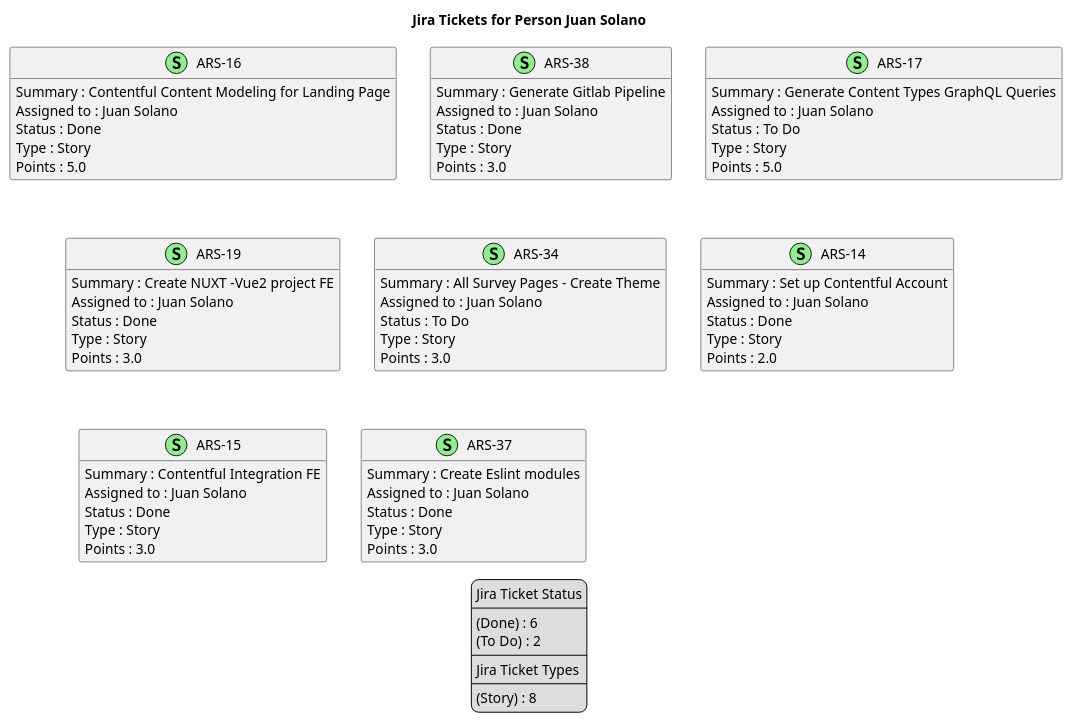
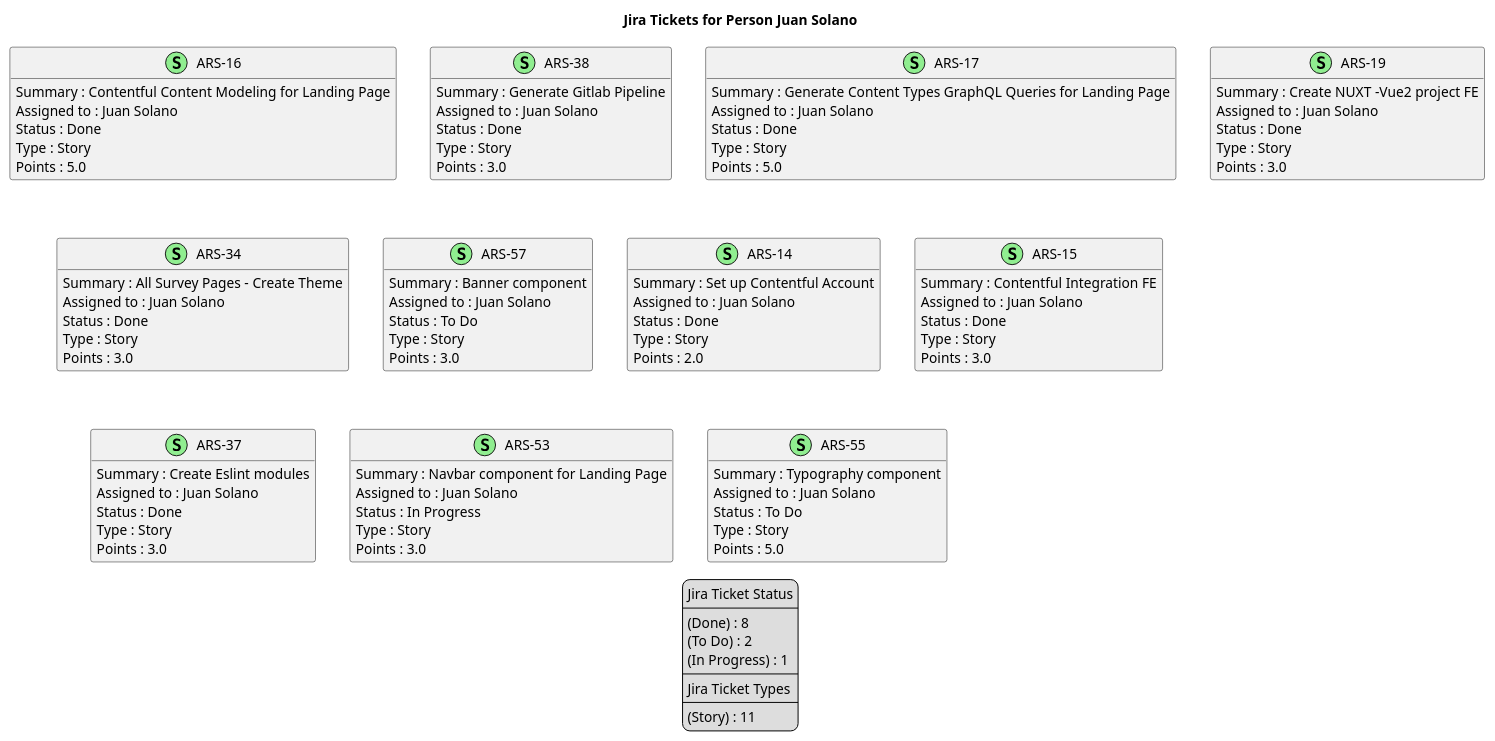
The diagram in docs/nexus/jira-Person-Juan_Solano.puml (brunasti/jiraplotter), drawn with PlantUML before and after one commit. The commit also changed 19 other files, not shown here.

```diff
--- a/docs/nexus/jira-Person-Juan_Solano.puml
+++ b/docs/nexus/jira-Person-Juan_Solano.puml
@@ -1,92 +1,117 @@
 @startuml
 'https://plantuml.com/class-diagram
 
 ' GENERATE CLASS DIAGRAM ===========
-' Generated at    : Tue May 14 12:25:21 CEST 2024
+' Generated at    : Tue May 14 15:35:46 CEST 2024
 
 title Jira Tickets for Person Juan Solano
 hide empty members
 
 legend
 Jira Ticket Status
 ----
-(Done) : 6
+(Done) : 8
 (To Do) : 2
+(In Progress) : 1
 ----
 Jira Ticket Types
 ----
-(Story) : 8
+(Story) : 11
 end legend
 
 
 ' Tickets =======
 class "ARS-16" << (S,lightgreen) >> {
   Summary : Contentful Content Modeling for Landing Page
   Assigned to : Juan Solano
   Status : Done
   Type : Story
   Points : 5.0
 }
 
 class "ARS-38" << (S,lightgreen) >> {
   Summary : Generate Gitlab Pipeline
   Assigned to : Juan Solano
   Status : Done
   Type : Story
   Points : 3.0
 }
 
 class "ARS-17" << (S,lightgreen) >> {
-  Summary : Generate Content Types GraphQL Queries
+  Summary : Generate Content Types GraphQL Queries for Landing Page
   Assigned to : Juan Solano
-  Status : To Do
+  Status : Done
   Type : Story
   Points : 5.0
 }
 
 class "ARS-19" << (S,lightgreen) >> {
   Summary : Create NUXT -Vue2 project FE
   Assigned to : Juan Solano
   Status : Done
   Type : Story
   Points : 3.0
 }
 
 class "ARS-34" << (S,lightgreen) >> {
   Summary : All Survey Pages - Create Theme
+  Assigned to : Juan Solano
+  Status : Done
+  Type : Story
+  Points : 3.0
+}
+
+class "ARS-57" << (S,lightgreen) >> {
+  Summary : Banner component
   Assigned to : Juan Solano
   Status : To Do
   Type : Story
   Points : 3.0
 }
 
 class "ARS-14" << (S,lightgreen) >> {
   Summary : Set up Contentful Account
   Assigned to : Juan Solano
   Status : Done
   Type : Story
   Points : 2.0
 }
 
 class "ARS-15" << (S,lightgreen) >> {
   Summary : Contentful Integration FE
   Assigned to : Juan Solano
   Status : Done
   Type : Story
   Points : 3.0
 }
 
 class "ARS-37" << (S,lightgreen) >> {
   Summary : Create Eslint modules
   Assigned to : Juan Solano
   Status : Done
   Type : Story
   Points : 3.0
 }
 
+class "ARS-53" << (S,lightgreen) >> {
+  Summary : Navbar component for Landing Page
+  Assigned to : Juan Solano
+  Status : In Progress
+  Type : Story
+  Points : 3.0
+}
+
+class "ARS-55" << (S,lightgreen) >> {
+  Summary : Typography component
+  Assigned to : Juan Solano
+  Status : To Do
+  Type : Story
+  Points : 5.0
+}
+
 
 
 ' Links =======
 
 
 @enduml
```
